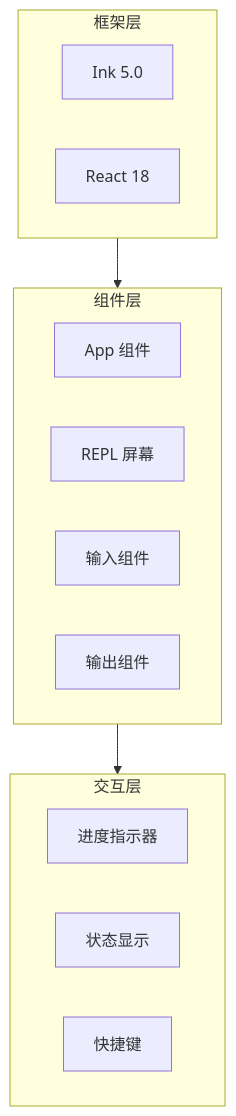
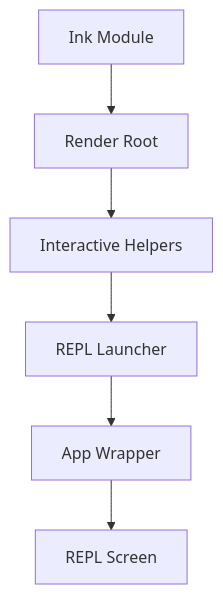
The diagram in notes/reviews/07-tui-rendering-layer.md (friendlyhank/claude-code-annotated), drawn with Mermaid before and after one commit. The commit also changed other lines of this file and 15 other files, not shown here.

````diff
--- a/notes/reviews/07-tui-rendering-layer.md
+++ b/notes/reviews/07-tui-rendering-layer.md
@@ -19,23 +18,8 @@
 ```mermaid
 flowchart TB
-    subgraph Framework["框架层"]
-        Ink[Ink 5.0]
-        React[React 18]
-    end
-    
-    subgraph Components["组件层"]
-        App[App 组件]
-        REPL[REPL 屏幕]
-        Input[输入组件]
-        Output[输出组件]
-    end
-    
-    subgraph Interaction["交互层"]
-        Spinner[进度指示器]
-        Status[状态显示]
-        Shortcuts[快捷键]
-    end
-    
-    Framework --> Components
-    Components --> Interaction
+    Ink[Ink Module] --> Root[Render Root]
+    Root --> Helpers[Interactive Helpers]
+    Helpers --> Launcher[REPL Launcher]
+    Launcher --> App[App Wrapper]
+    App --> Repl[REPL Screen]
 ```
````
